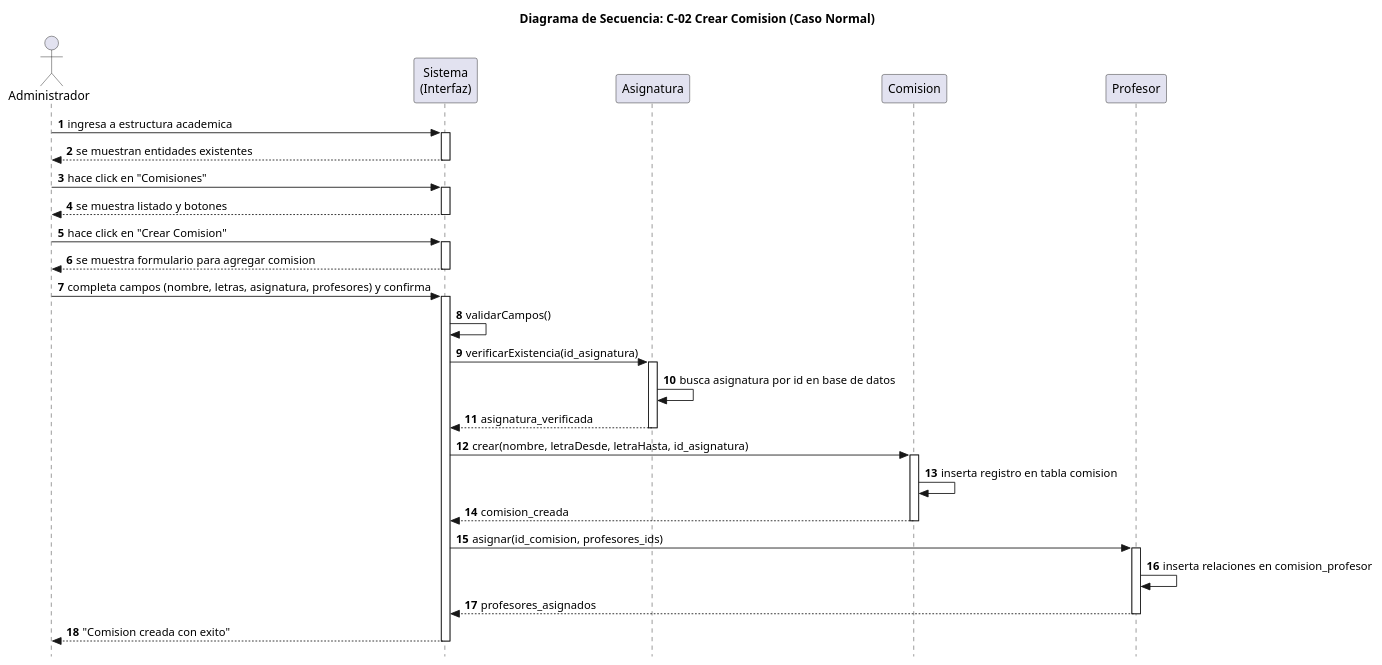
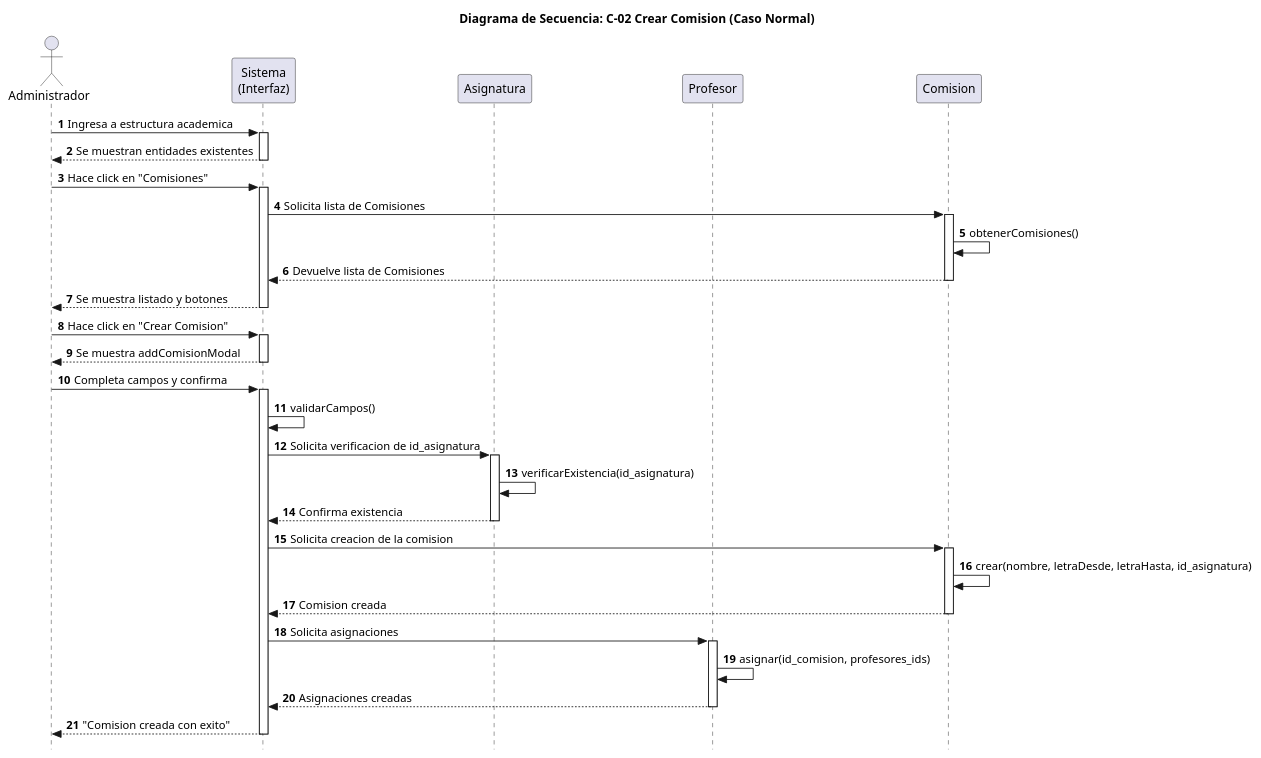
One commit to SantiagoScetti/sic-unne-admin changed the diagram in docs/puml/C-02Crear Comisión (Caso Normal).puml. Above: the diagram before and after it, drawn with PlantUML. The commit also changed 5 other files, not shown here.

Commit message:
Actualizacion de codigos UML

```diff
--- a/docs/puml/C-02Crear Comisión (Caso Normal).puml
+++ b/docs/puml/C-02Crear Comisión (Caso Normal).puml
@@ -1,59 +1,70 @@
 @startuml
 
 title Diagrama de Secuencia: C-02 Crear Comision (Caso Normal)
 
 skinparam style strictuml
 skinparam ParticipantPadding 40
 skinparam BoxPadding 20
 
 autonumber
 
 actor Administrador
 
 participant "Sistema\n(Interfaz)" as Interfaz
 participant "Asignatura" as AS
+participant "Profesor"   as P
 participant "Comision"   as C
-participant "Profesor"   as P
 
-Administrador -> Interfaz: ingresa a estructura academica
+
+Administrador -> Interfaz: Ingresa a estructura academica
 activate Interfaz
-Interfaz --> Administrador: se muestran entidades existentes
+Interfaz --> Administrador: Se muestran entidades existentes
+deactivate Interfaz
+Administrador -> Interfaz: Hace click en "Comisiones"
+activate Interfaz
+Interfaz -> C: Solicita lista de Comisiones
+activate C
+C -> C: obtenerComisiones()
+Interfaz <-- C: Devuelve lista de Comisiones
+deactivate C
+
+Interfaz --> Administrador: Se muestra listado y botones
 deactivate Interfaz
 
-Administrador -> Interfaz: hace click en "Comisiones"
+Administrador -> Interfaz: Hace click en "Crear Comision"
 activate Interfaz
-Interfaz --> Administrador: se muestra listado y botones
+Interfaz --> Administrador: Se muestra addComisionModal
 deactivate Interfaz
 
-Administrador -> Interfaz: hace click en "Crear Comision"
-activate Interfaz
-Interfaz --> Administrador: se muestra formulario para agregar comision
-deactivate Interfaz
-
-Administrador -> Interfaz: completa campos (nombre, letras, asignatura, profesores) y confirma
+Administrador -> Interfaz: Completa campos y confirma
 activate Interfaz
 
+' Auto-llamada en Interfaz
 Interfaz -> Interfaz: validarCampos()
 
-Interfaz -> AS: verificarExistencia(id_asignatura)
+' Interacción con Asignatura
+Interfaz -> AS: Solicita verificacion de id_asignatura
 activate AS
-AS -> AS: busca asignatura por id en base de datos
-Interfaz <-- AS: asignatura_verificada
+    AS -> AS: verificarExistencia(id_asignatura)
+
+Interfaz <-- AS: Confirma existencia
 deactivate AS
 
-Interfaz -> C: crear(nombre, letraDesde, letraHasta, id_asignatura)
+' Interacción con Comision
+Interfaz -> C: Solicita creacion de la comision
 activate C
-C -> C: inserta registro en tabla comision
-Interfaz <-- C: comision_creada
+    C -> C: crear(nombre, letraDesde, letraHasta, id_asignatura)
+Interfaz <-- C: Comision creada
 deactivate C
+Interfaz -> P: Solicita asignaciones
+activate P
+P -> P: asignar(id_comision, profesores_ids)
+Interfaz <-- P: Asignaciones creadas
+deactivate P
 
-Interfaz -> P: asignar(id_comision, profesores_ids)
-activate P
-P -> P: inserta relaciones en comision_profesor
-Interfaz <-- P: profesores_asignados
-deactivate P
+deactivate C
 
 Interfaz --> Administrador: "Comision creada con exito"
 deactivate Interfaz
 
 @enduml
```
